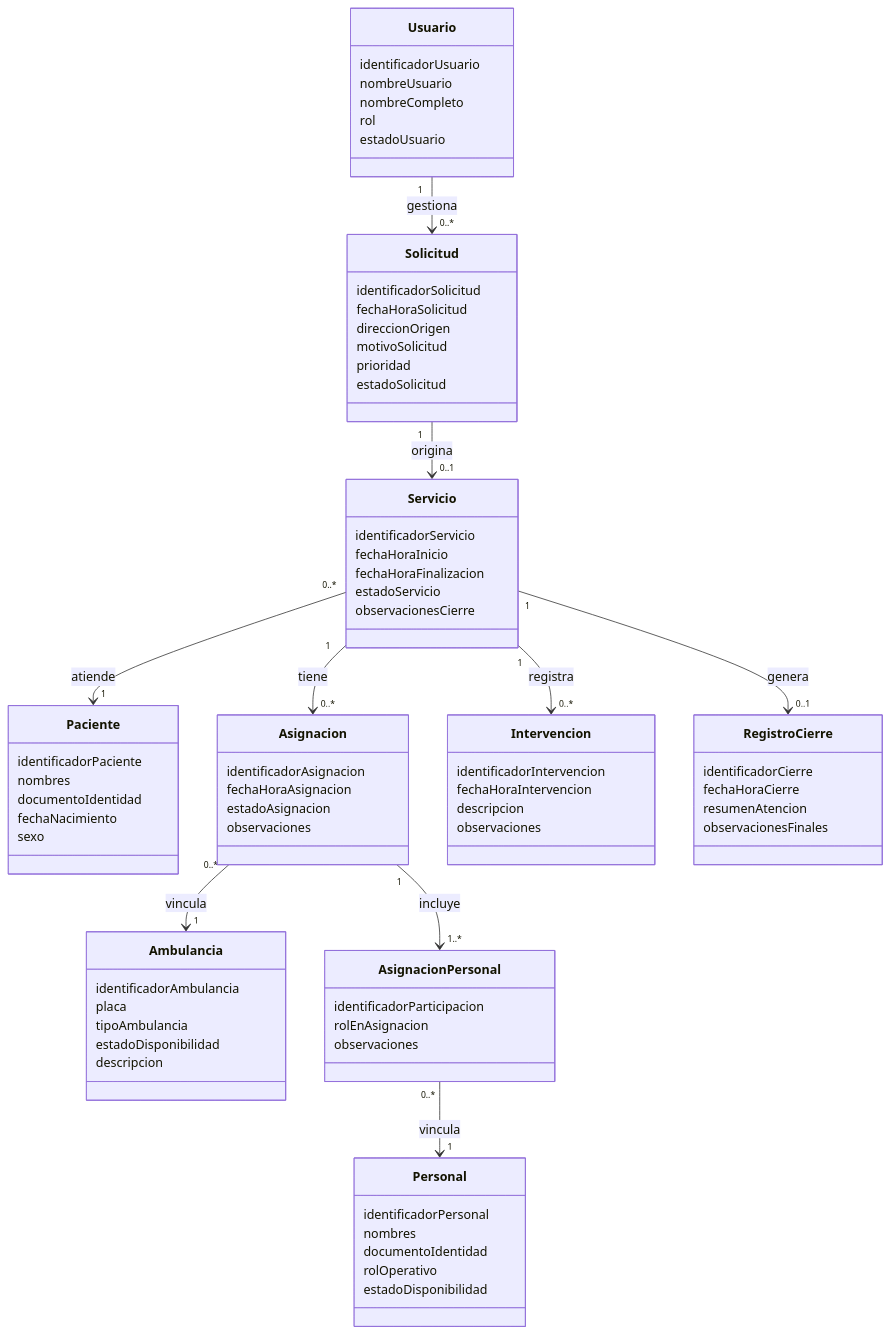
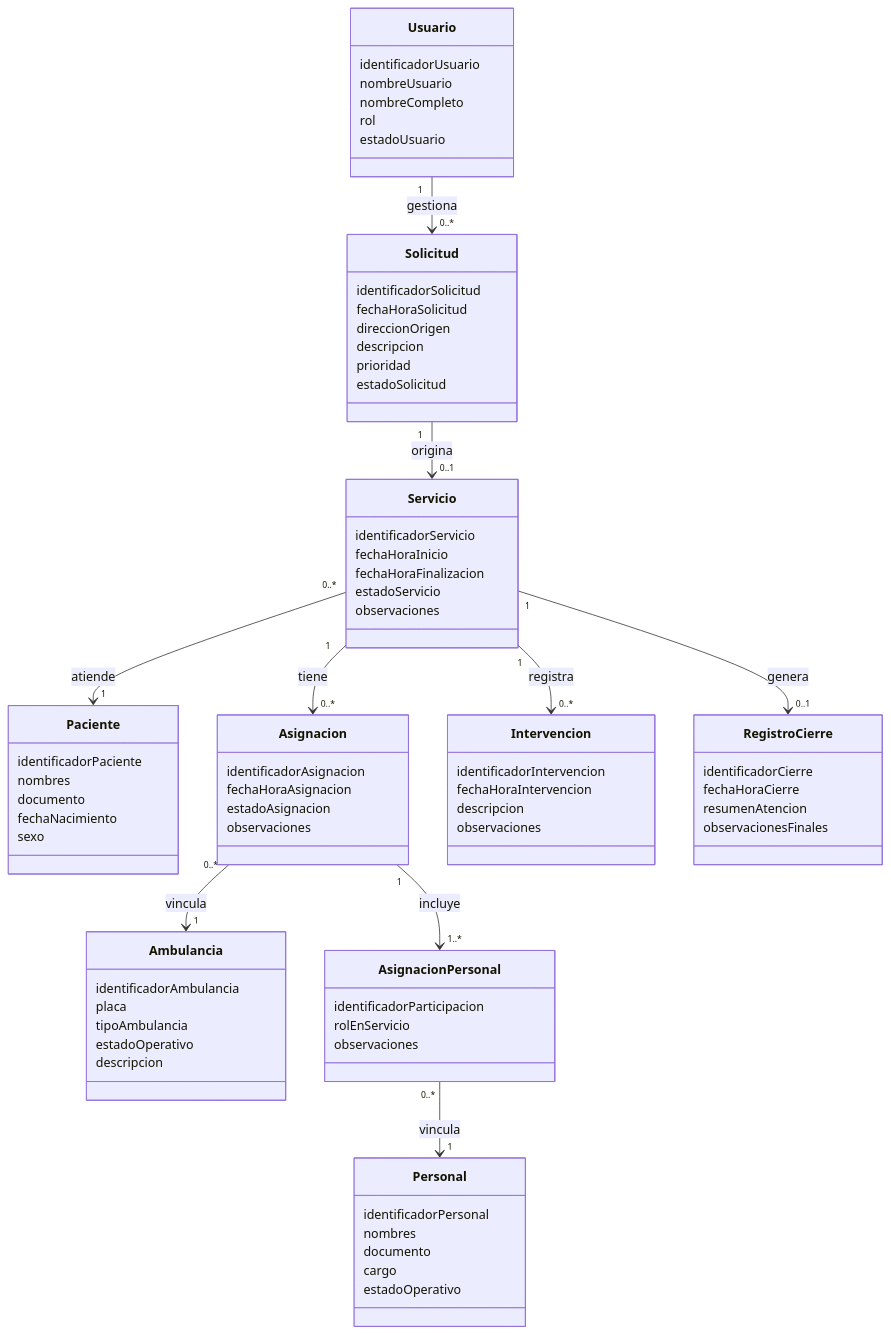
The diagram in 02-training-project/01-phase/01-analysis/03-conceptual-model/04-evidence-learning/G1-P2-Modelado-SIGMAVITAL/03-modelo-dominio/MD-01-Modelo-Dominio-SIGMAVITAL.md (miguel18100/ADSO-3413974), drawn with Mermaid before and after one commit. The commit also changed other lines of this file and 2 other files, not shown here.

```diff
--- a/02-training-project/01-phase/01-analysis/03-conceptual-model/04-evidence-learning/G1-P2-Modelado-SIGMAVITAL/03-modelo-dominio/MD-01-Modelo-Dominio-SIGMAVITAL.md
+++ b/02-training-project/01-phase/01-analysis/03-conceptual-model/04-evidence-learning/G1-P2-Modelado-SIGMAVITAL/03-modelo-dominio/MD-01-Modelo-Dominio-SIGMAVITAL.md
@@ -152,7 +155,7 @@
         identificadorSolicitud
         fechaHoraSolicitud
         direccionOrigen
-        motivoSolicitud
+        descripcion
         prioridad
         estadoSolicitud
     }
@@ -162,13 +165,13 @@
         fechaHoraInicio
         fechaHoraFinalizacion
         estadoServicio
-        observacionesCierre
+        observaciones
     }
 
     class Paciente {
         identificadorPaciente
         nombres
-        documentoIdentidad
+        documento
         fechaNacimiento
         sexo
     }
@@ -177,16 +180,16 @@
         identificadorAmbulancia
         placa
         tipoAmbulancia
-        estadoDisponibilidad
+        estadoOperativo
         descripcion
     }
 
     class Personal {
         identificadorPersonal
         nombres
-        documentoIdentidad
-        rolOperativo
-        estadoDisponibilidad
+        documento
+        cargo
+        estadoOperativo
     }
 
     class Asignacion {
@@ -198,7 +201,7 @@
 
     class AsignacionPersonal {
         identificadorParticipacion
-        rolEnAsignacion
+        rolEnServicio
         observaciones
     }
     class Intervencion {
```
